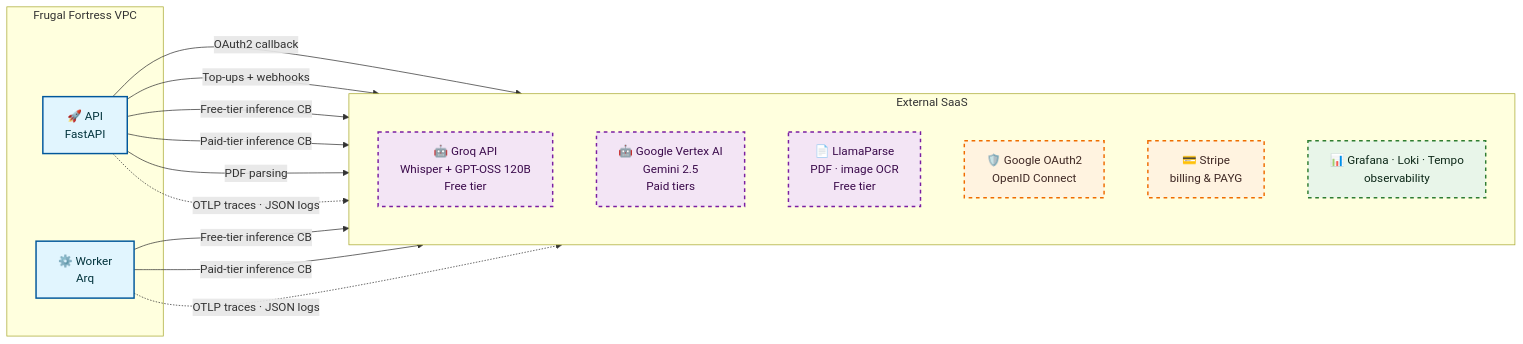
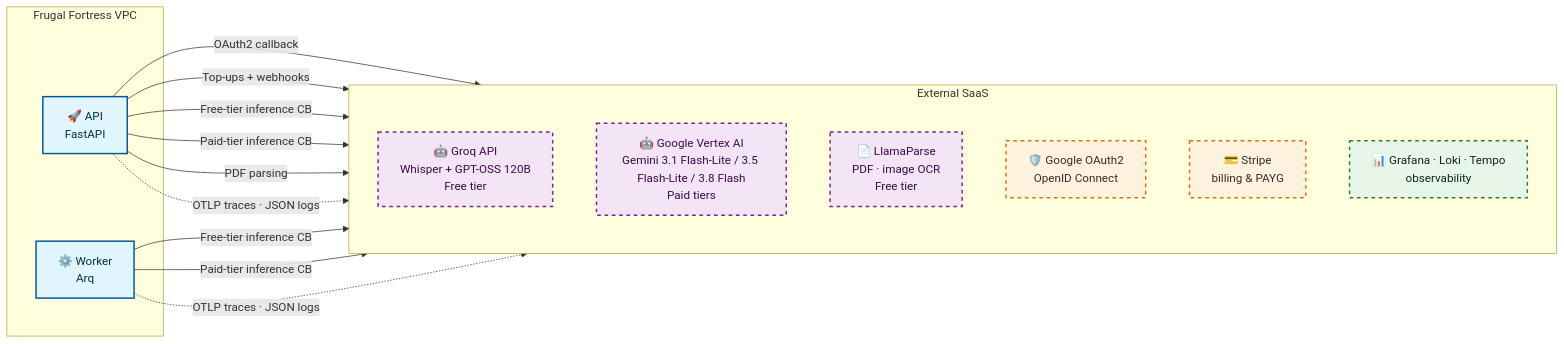
The second of 2 diagrams in docs/diagrams/core/c4_system_context.md (JMMAILabs/frugal-fortress-architecture), drawn with Mermaid before and after one commit. The commit also changed other lines of this file and 20 other files, not shown here.

````diff
--- a/docs/diagrams/core/c4_system_context.md
+++ b/docs/diagrams/core/c4_system_context.md
@@ -60,40 +60,40 @@
 ```mermaid
 %%{init: {'theme':'default', 'flowchart':{'nodeSpacing':60, 'rankSpacing':80, 'curve':'basis'}}}%%
 flowchart LR
     subgraph VPC ["Frugal Fortress VPC"]
         API["🚀 API<br/>FastAPI"]
         Worker["⚙️ Worker<br/>Arq"]
     end
 
     subgraph SaaS ["External SaaS"]
         direction TB
         Groq["🤖 Groq API<br/>Whisper + GPT-OSS 120B<br/>Free tier"]
-        Vertex["🤖 Google Vertex AI<br/>Gemini 2.5<br/>Paid tiers"]
+        Vertex["🤖 Google Vertex AI<br/>Gemini 3.1 Flash-Lite / 3.5 Flash-Lite / 3.8 Flash<br/>Paid tiers"]
         LlamaParse["📄 LlamaParse<br/>PDF · image OCR<br/>Free tier"]
         Google["🛡️ Google OAuth2<br/>OpenID Connect"]
         Stripe["💳 Stripe<br/>billing & PAYG"]
         Grafana["📊 Grafana · Loki · Tempo<br/>observability"]
     end
 
     API -->|OAuth2 callback| Google
     API -->|Top-ups + webhooks| Stripe
     API -->|Free-tier inference CB| Groq
     API -->|Paid-tier inference CB| Vertex
     API -->|PDF parsing| LlamaParse
 
     Worker -->|Free-tier inference CB| Groq
     Worker -->|Paid-tier inference CB| Vertex
 
     API -.->|OTLP traces · JSON logs| Grafana
     Worker -.->|OTLP traces · JSON logs| Grafana
 
     %% Styling
     classDef internal fill:#e1f5fe,stroke:#01579b,stroke-width:2px,color:#01323b
     classDef llm fill:#f3e5f5,stroke:#7b1fa2,stroke-width:2px,color:#3a0a4b,stroke-dasharray: 5 5
     classDef auth fill:#fff3e0,stroke:#ef6c00,stroke-width:2px,color:#3e2723,stroke-dasharray: 5 5
     classDef obs fill:#e8f5e9,stroke:#2e7d32,stroke-width:2px,color:#0d2818,stroke-dasharray: 5 5
     class API,Worker internal
     class Groq,Vertex,LlamaParse llm
     class Google,Stripe auth
     class Grafana obs
 ```
````
